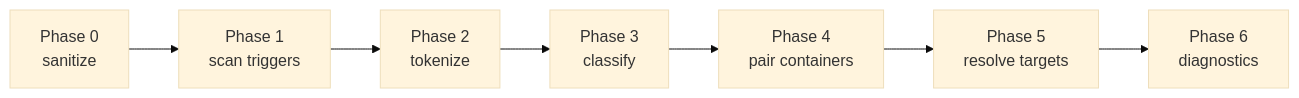
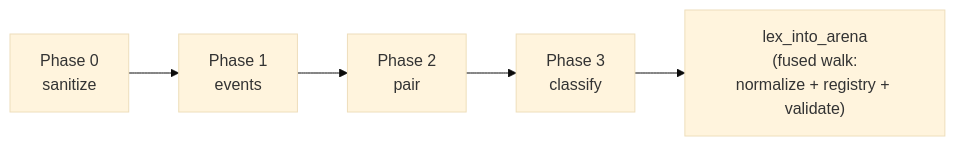
Before and after one commit to P4suta/aozora: the diagram in crates/aozora-book/src/arch/lexer.md, drawn with Mermaid (base theme). The commit also changed other lines of this file and 116 other files, not shown here.

````diff
--- a/crates/aozora-book/src/arch/lexer.md
+++ b/crates/aozora-book/src/arch/lexer.md
@@ -11,12 +18,10 @@
 ```mermaid
 flowchart LR
     p0["Phase 0<br/>sanitize"]
-    p1["Phase 1<br/>scan triggers"]
-    p2["Phase 2<br/>tokenize"]
+    p1["Phase 1<br/>events"]
+    p2["Phase 2<br/>pair"]
     p3["Phase 3<br/>classify"]
-    p4["Phase 4<br/>pair containers"]
-    p5["Phase 5<br/>resolve targets"]
-    p6["Phase 6<br/>diagnostics"]
+    fused["lex_into_arena<br/>(fused walk:<br/>normalize + registry + validate)"]
 
-    p0 --> p1 --> p2 --> p3 --> p4 --> p5 --> p6
+    p0 --> p1 --> p2 --> p3 --> fused
 ```
````
